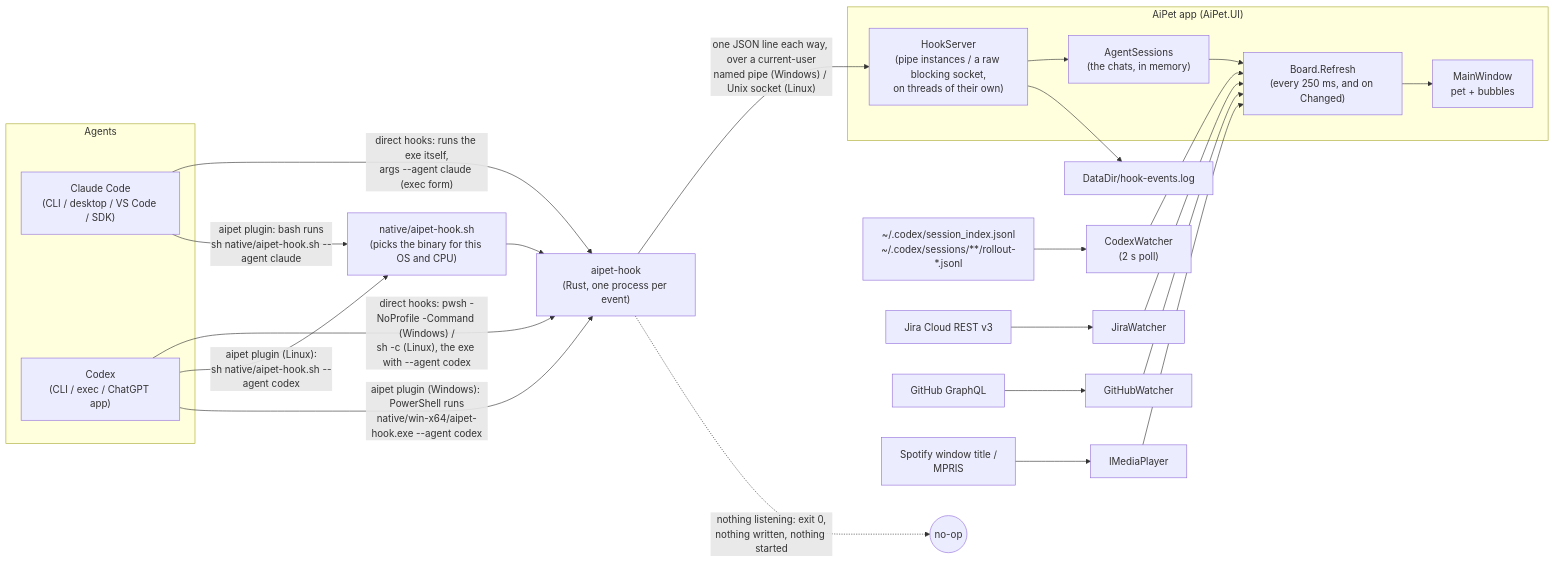
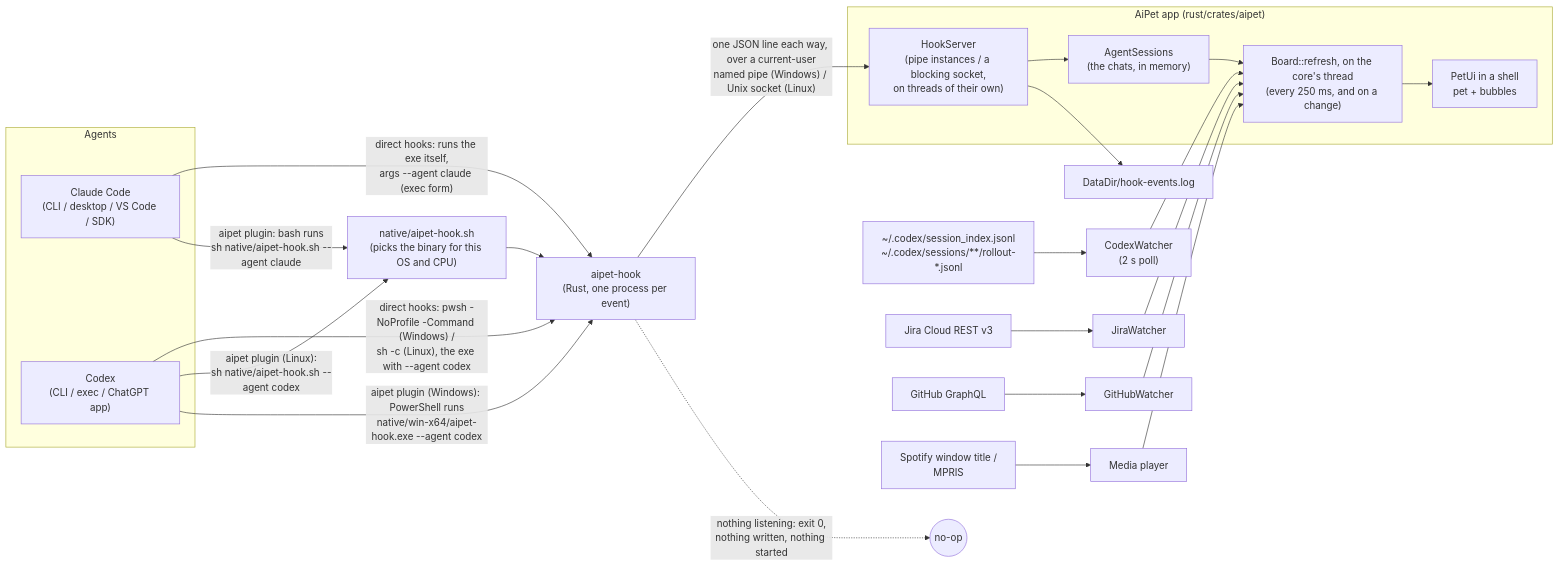
One commit to xMarcinator/ai-pet changed the first of 3 diagrams in docs/ARCHITECTURE.md. Above: the diagram before and after it, drawn with Mermaid. The commit also changed other lines of this file, not shown here.

First line of the commit message:
docs: ARCHITECTURE describes the Rust code (fn-1.26)

````diff
--- a/docs/ARCHITECTURE.md
+++ b/docs/ARCHITECTURE.md
@@ -11,28 +11,28 @@
 ```mermaid
 graph LR
   subgraph Agents
     CC["Claude Code<br/>(CLI / desktop / VS Code / SDK)"]
     CX["Codex<br/>(CLI / exec / ChatGPT app)"]
   end
 
   CC -- "direct hooks: runs the exe itself,<br/>args --agent claude (exec form)" --> HOOK
   CC -- "aipet plugin: bash runs<br/>sh native/aipet-hook.sh --agent claude" --> LAUNCH
   CX -- "direct hooks: pwsh -NoProfile -Command (Windows) /<br/>sh -c (Linux), the exe with --agent codex" --> HOOK
   CX -- "aipet plugin (Linux):<br/>sh native/aipet-hook.sh --agent codex" --> LAUNCH
   CX -- "aipet plugin (Windows): PowerShell runs<br/>native/win-x64/aipet-hook.exe --agent codex" --> HOOK
   LAUNCH["native/aipet-hook.sh<br/>(picks the binary for this OS and CPU)"] --> HOOK["aipet-hook<br/>(Rust, one process per event)"]
 
   HOOK -- "one JSON line each way, over a current-user<br/>named pipe (Windows) / Unix socket (Linux)" --> SRV
   HOOK -. "nothing listening: exit 0,<br/>nothing written, nothing started" .-> NOOP(("no-op"))
 
-  subgraph APP["AiPet app (AiPet.UI)"]
-    SRV["HookServer<br/>(pipe instances / a raw blocking socket,<br/>on threads of their own)"] --> SESS["AgentSessions<br/>(the chats, in memory)"]
-    SESS --> BOARD["Board.Refresh<br/>(every 250 ms, and on Changed)"] --> MW["MainWindow<br/>pet + bubbles"]
+  subgraph APP["AiPet app (rust/crates/aipet)"]
+    SRV["HookServer<br/>(pipe instances / a blocking socket,<br/>on threads of their own)"] --> SESS["AgentSessions<br/>(the chats, in memory)"]
+    SESS --> BOARD["Board::refresh, on the core's thread<br/>(every 250 ms, and on a change)"] --> MW["PetUi in a shell<br/>pet + bubbles"]
   end
 
   SRV --> LOG["DataDir/hook-events.log"]
   CXS["~/.codex/session_index.jsonl<br/>~/.codex/sessions/**/rollout-*.jsonl"] --> CW["CodexWatcher<br/>(2 s poll)"] --> BOARD
   JIRA["Jira Cloud REST v3"] --> JW["JiraWatcher"] --> BOARD
   GH["GitHub GraphQL"] --> GW["GitHubWatcher"] --> BOARD
-  MEDIA["Spotify window title /<br/>MPRIS"] --> MP["IMediaPlayer"] --> BOARD
+  MEDIA["Spotify window title /<br/>MPRIS"] --> MP["Media player"] --> BOARD
 ```
````
